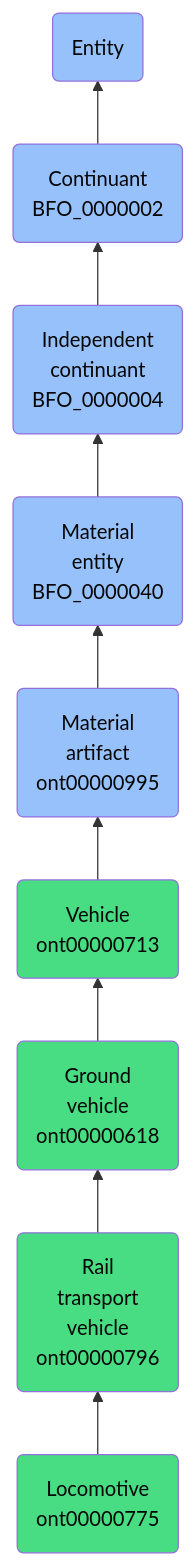
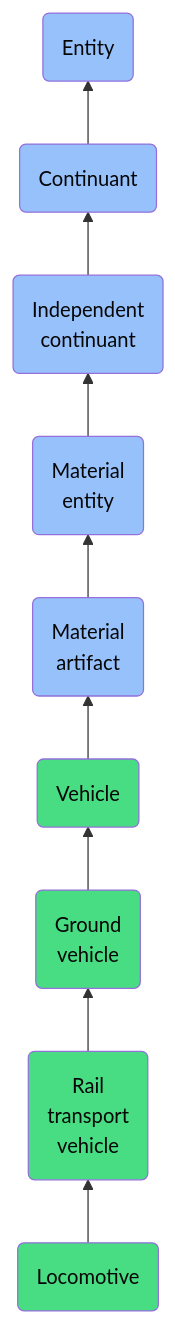
One commit to jupyter-naas/abi changed the diagram in docs/ontology/reference/model/Entity/Continuant/Independent continuant/Material entity/Material artifact/Vehicle/Ground vehicle/Rail transport vehicle/Locomotive/Locomotive.md. Above: the diagram before and after it, drawn with Mermaid. The commit also changed other lines of this file and 1430 other files, not shown here.

````diff
--- a/docs/ontology/reference/model/Entity/Continuant/Independent continuant/Material entity/Material artifact/Vehicle/Ground vehicle/Rail transport vehicle/Locomotive/Locomotive.md
+++ b/docs/ontology/reference/model/Entity/Continuant/Independent continuant/Material entity/Material artifact/Vehicle/Ground vehicle/Rail transport vehicle/Locomotive/Locomotive.md
@@ -24,16 +24,16 @@
 ```mermaid
 graph BT
-    ont00000775(Locomotive<br>ont00000775):::ABI-->ont00000796
-    ont00000796(Rail<br>transport<br>vehicle<br>ont00000796):::ABI-->ont00000618
-    ont00000618(Ground<br>vehicle<br>ont00000618):::ABI-->ont00000713
-    ont00000713(Vehicle<br>ont00000713):::ABI-->ont00000995
-    ont00000995(Material<br>artifact<br>ont00000995):::BFO-->BFO_0000040
-    BFO_0000040(Material<br>entity<br>BFO_0000040):::BFO-->BFO_0000004
-    BFO_0000004(Independent<br>continuant<br>BFO_0000004):::BFO-->BFO_0000002
-    BFO_0000002(Continuant<br>BFO_0000002):::BFO-->BFO_0000001
+    ont00000775(Locomotive):::ABI-->ont00000796
+    ont00000796(Rail<br>transport<br>vehicle):::ABI-->ont00000618
+    ont00000618(Ground<br>vehicle):::ABI-->ont00000713
+    ont00000713(Vehicle):::ABI-->ont00000995
+    ont00000995(Material<br>artifact):::BFO-->BFO_0000040
+    BFO_0000040(Material<br>entity):::BFO-->BFO_0000004
+    BFO_0000004(Independent<br>continuant):::BFO-->BFO_0000002
+    BFO_0000002(Continuant):::BFO-->BFO_0000001
     BFO_0000001(Entity):::BFO
     
     classDef BFO fill:#97c1fb,color:#060606
     classDef CCO fill:#e4c51e,color:#060606
     classDef ABI fill:#48DD82,color:#060606
 ```
````
